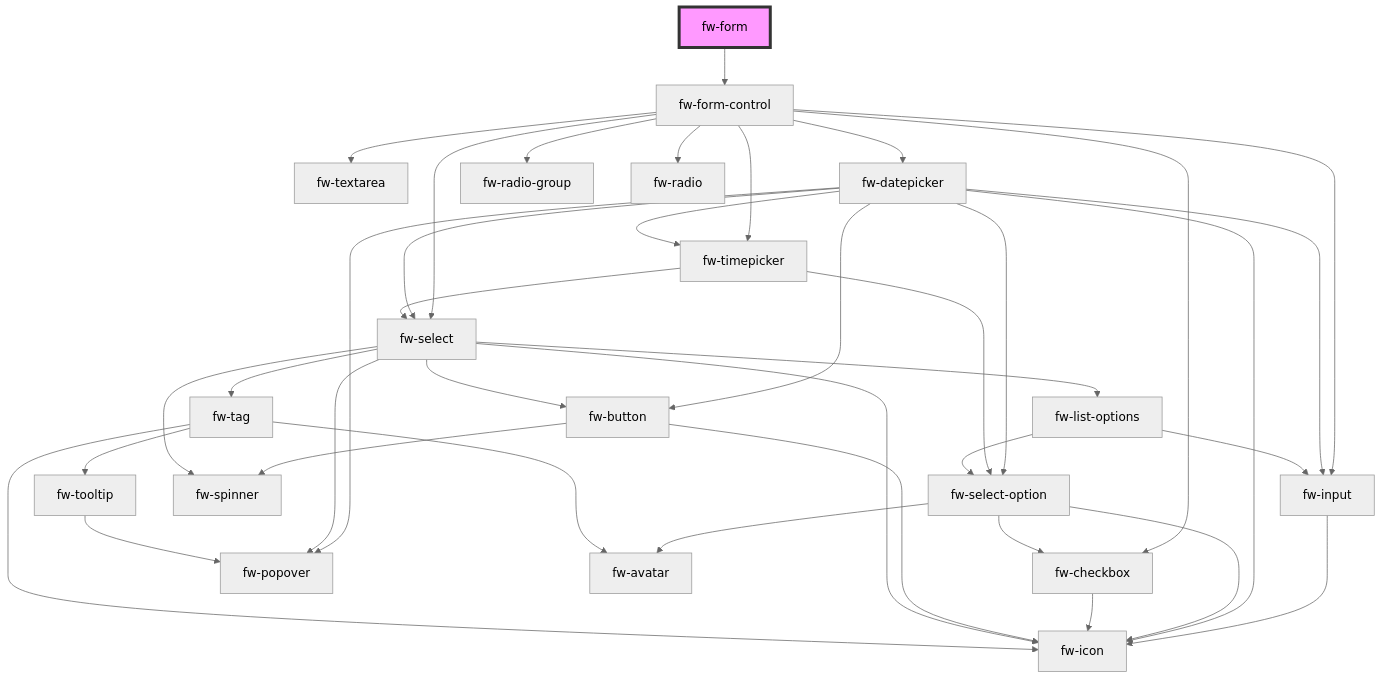
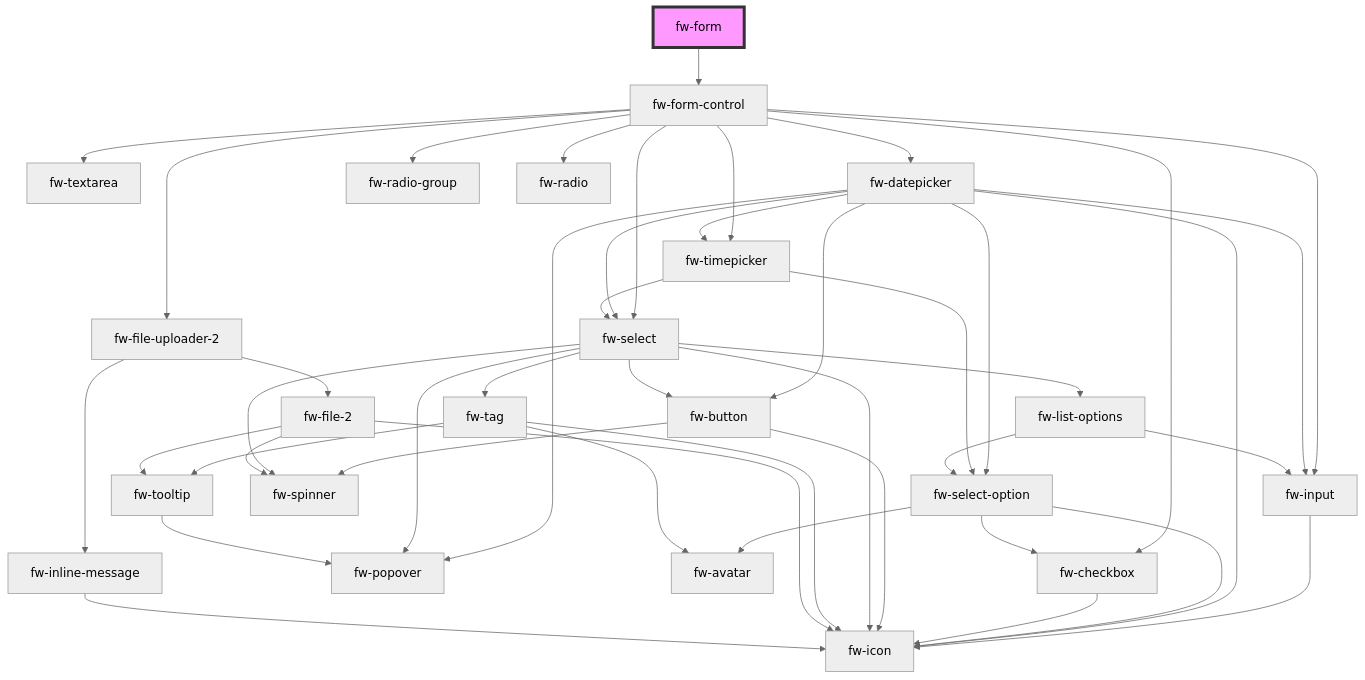
The diagram in packages/crayons-core/src/components/form/readme.md (freshworks/crayons), drawn with Mermaid (neutral theme) before and after one commit. The commit also changed 10 other files, not shown here.

Commit message:
feat(file-uploader-2): file uploader as part of form

````diff
--- a/packages/crayons-core/src/components/form/readme.md
+++ b/packages/crayons-core/src/components/form/readme.md
@@ -2797,41 +2797,48 @@
 ```mermaid
 graph TD;
   fw-form --> fw-form-control
   fw-form-control --> fw-input
   fw-form-control --> fw-textarea
   fw-form-control --> fw-datepicker
   fw-form-control --> fw-checkbox
   fw-form-control --> fw-radio-group
   fw-form-control --> fw-radio
   fw-form-control --> fw-select
   fw-form-control --> fw-timepicker
+  fw-form-control --> fw-file-uploader-2
   fw-input --> fw-icon
   fw-datepicker --> fw-select-option
   fw-datepicker --> fw-button
   fw-datepicker --> fw-input
   fw-datepicker --> fw-timepicker
   fw-datepicker --> fw-popover
   fw-datepicker --> fw-icon
   fw-datepicker --> fw-select
   fw-select-option --> fw-icon
   fw-select-option --> fw-checkbox
   fw-select-option --> fw-avatar
   fw-checkbox --> fw-icon
   fw-button --> fw-spinner
   fw-button --> fw-icon
   fw-timepicker --> fw-select
   fw-timepicker --> fw-select-option
   fw-select --> fw-tag
   fw-select --> fw-popover
   fw-select --> fw-button
   fw-select --> fw-spinner
   fw-select --> fw-icon
   fw-select --> fw-list-options
   fw-tag --> fw-tooltip
   fw-tag --> fw-avatar
   fw-tag --> fw-icon
   fw-tooltip --> fw-popover
   fw-list-options --> fw-select-option
   fw-list-options --> fw-input
+  fw-file-uploader-2 --> fw-file-2
+  fw-file-uploader-2 --> fw-inline-message
+  fw-file-2 --> fw-icon
+  fw-file-2 --> fw-tooltip
+  fw-file-2 --> fw-spinner
+  fw-inline-message --> fw-icon
   style fw-form fill:#f9f,stroke:#333,stroke-width:4px
 ```
````
